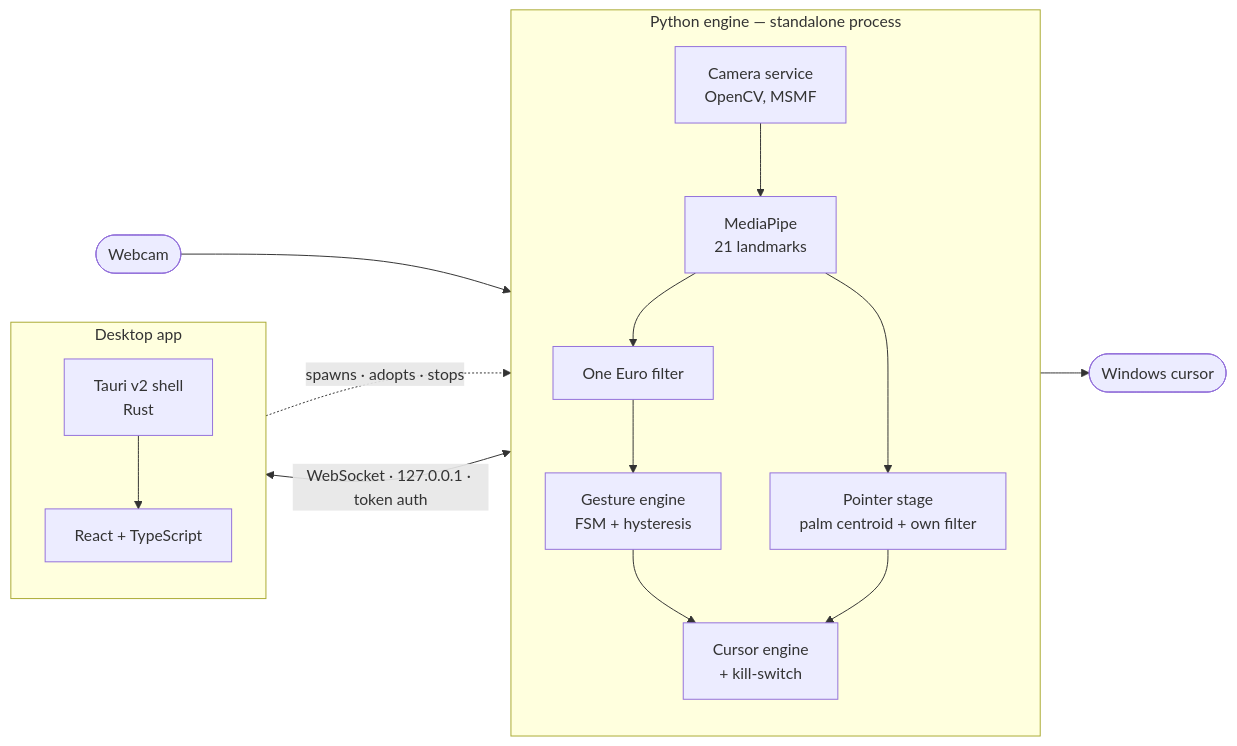
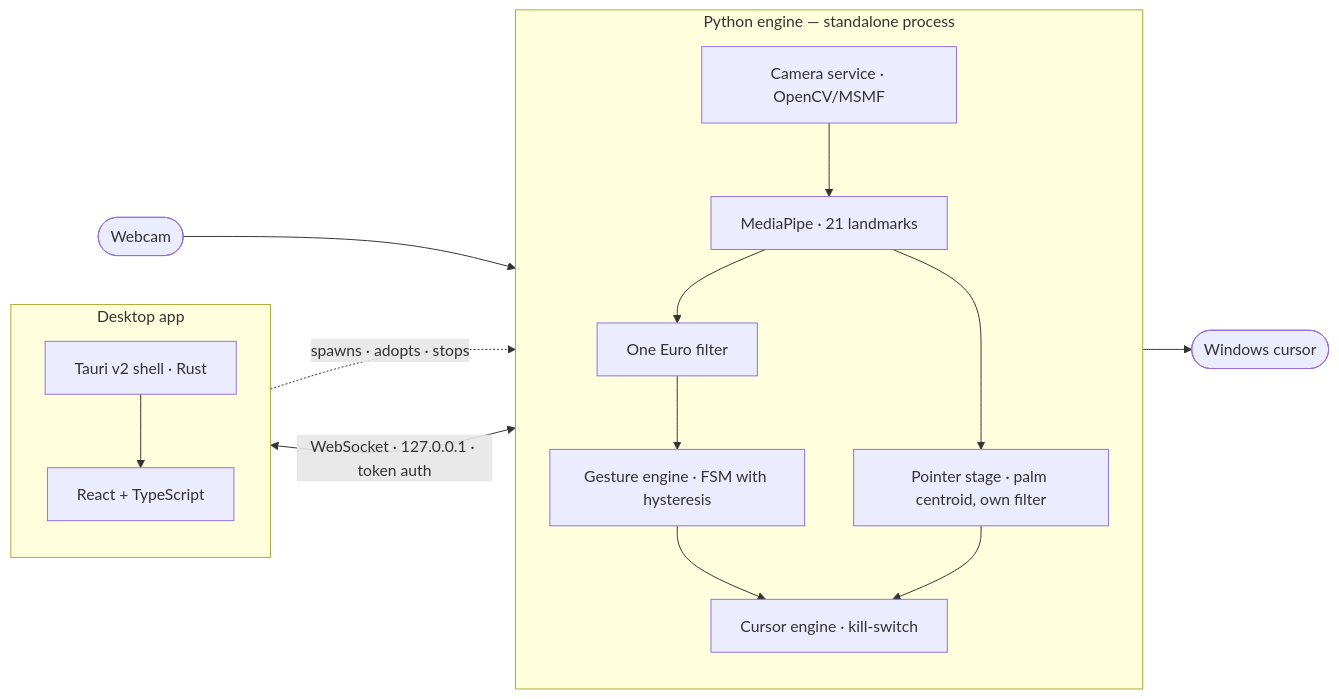
Before and after one commit to niegusss/AirHand: the diagram in README.md, drawn with Mermaid. The commit also changed 1 other file, not shown here.

Commit message:
Put the architecture diagram's labels back on one line
GitHub's mermaid renderer drops <br/> inside node labels rather than breaking the line, so the
diagram published a box reading "Camera serviceOpenCV, MSMF" and four more like it. Found by
looking at the rendered page instead of trusting the source.

Single-line labels with a separator render identically everywhere and cannot come apart this way.

The license copyright now carries the name GitHub already shows on the repository.

````diff
--- a/README.md
+++ b/README.md
@@ -77,22 +77,22 @@
 ```mermaid
 flowchart LR
     subgraph engine["Python engine — standalone process"]
         direction TB
-        CAM["Camera service<br/>OpenCV, MSMF"] --> MP["MediaPipe<br/>21 landmarks"]
+        CAM["Camera service · OpenCV/MSMF"] --> MP["MediaPipe · 21 landmarks"]
         MP --> FIL["One Euro filter"]
-        MP --> PTR["Pointer stage<br/>palm centroid + own filter"]
-        FIL --> GES["Gesture engine<br/>FSM + hysteresis"]
-        GES --> CUR["Cursor engine<br/>+ kill-switch"]
+        MP --> PTR["Pointer stage · palm centroid, own filter"]
+        FIL --> GES["Gesture engine · FSM with hysteresis"]
+        GES --> CUR["Cursor engine · kill-switch"]
         PTR --> CUR
     end
 
     subgraph app["Desktop app"]
         direction TB
-        SHELL["Tauri v2 shell<br/>Rust"] --> UI["React + TypeScript"]
+        SHELL["Tauri v2 shell · Rust"] --> UI["React + TypeScript"]
     end
 
     WEBCAM(["Webcam"]) --> CAM
     CUR --> OS(["Windows cursor"])
     engine <-->|"WebSocket · 127.0.0.1 · token auth"| app
     SHELL -.->|"spawns · adopts · stops"| engine
 ```
````
